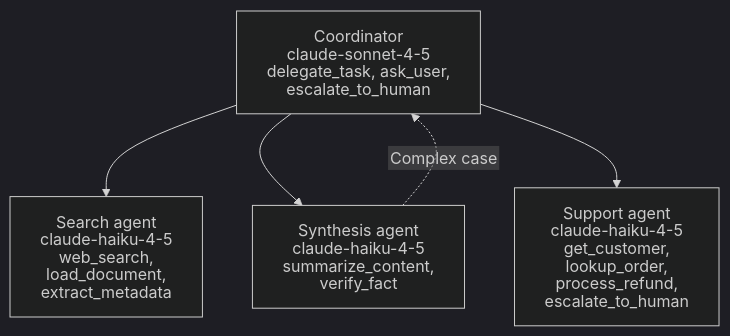
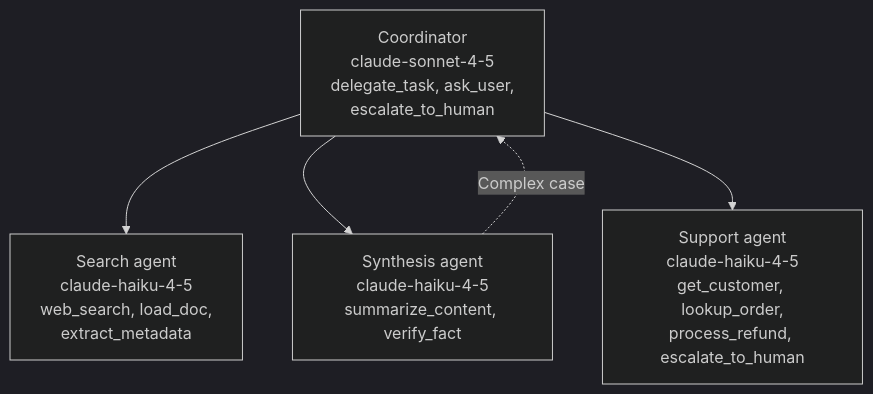
Before and after one commit to dip4k/claude_cert_architect_foundation_prep: the diagram in domain2/ts_2_3_tool_distribution_and_choice/README.md, drawn with Mermaid (dark theme). The commit also changed 99 other files, not shown here.

````diff
--- a/domain2/ts_2_3_tool_distribution_and_choice/README.md
+++ b/domain2/ts_2_3_tool_distribution_and_choice/README.md
@@ -77,12 +77,8 @@
 ```mermaid
----
-config:
-  htmlLabels: false
----
 flowchart TD
-    Coord["Coordinator<br>claude-sonnet-4-5<br>delegate_task, ask_user, escalate_to_human"]
-    Coord --> Search["Search agent<br>claude-haiku-4-5<br>web_search, load_document, extract_metadata"]
+    Coord["Coordinator<br>claude-sonnet-4-5<br>delegate_task, ask_user,<br>escalate_to_human"]
+    Coord --> Search["Search agent<br>claude-haiku-4-5<br>web_search, load_doc,<br>extract_metadata"]
     Coord --> Synth["Synthesis agent<br>claude-haiku-4-5<br>summarize_content, verify_fact"]
     Coord --> Support["Support agent<br>claude-haiku-4-5<br>get_customer, lookup_order,<br>process_refund, escalate_to_human"]
     Synth -.->|"Complex case"| Coord
 ```
````
